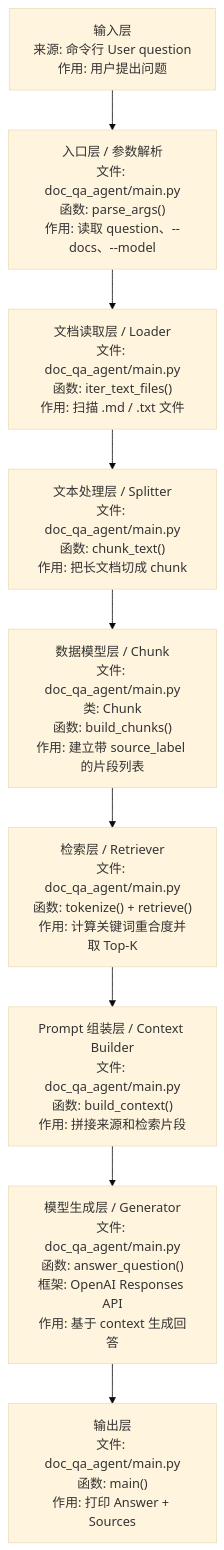
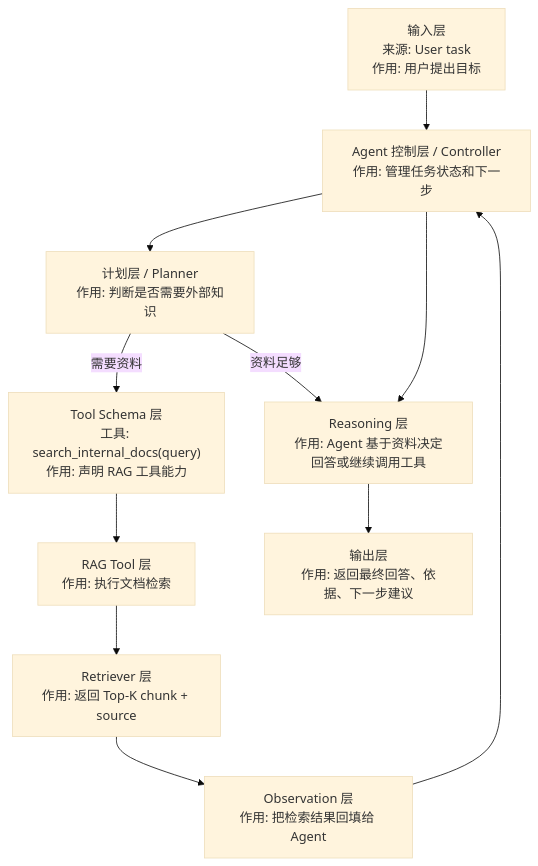
Before and after one commit to kurekako2017/vscode_study: the diagram in agent-lab/04-RAG.md, drawn with Mermaid (base theme). The commit also changed other lines of this file and 25 other files, not shown here.

````diff
--- a/agent-lab/04-RAG.md
+++ b/agent-lab/04-RAG.md
@@ -66,14 +90,17 @@
 ```mermaid
 flowchart TD
-    A["输入层<br/>来源: 命令行 User question<br/>作用: 用户提出问题"]
-    B["入口层 / 参数解析<br/>文件: doc_qa_agent/main.py<br/>函数: parse_args()<br/>作用: 读取 question、--docs、--model"]
-    C["文档读取层 / Loader<br/>文件: doc_qa_agent/main.py<br/>函数: iter_text_files()<br/>作用: 扫描 .md / .txt 文件"]
-    D["文本处理层 / Splitter<br/>文件: doc_qa_agent/main.py<br/>函数: chunk_text()<br/>作用: 把长文档切成 chunk"]
-    E["数据模型层 / Chunk<br/>文件: doc_qa_agent/main.py<br/>类: Chunk<br/>函数: build_chunks()<br/>作用: 建立带 source_label 的片段列表"]
-    F["检索层 / Retriever<br/>文件: doc_qa_agent/main.py<br/>函数: tokenize() + retrieve()<br/>作用: 计算关键词重合度并取 Top-K"]
-    G["Prompt 组装层 / Context Builder<br/>文件: doc_qa_agent/main.py<br/>函数: build_context()<br/>作用: 拼接来源和检索片段"]
-    H["模型生成层 / Generator<br/>文件: doc_qa_agent/main.py<br/>函数: answer_question()<br/>框架: OpenAI Responses API<br/>作用: 基于 context 生成回答"]
-    I["输出层<br/>文件: doc_qa_agent/main.py<br/>函数: main()<br/>作用: 打印 Answer + Sources"]
+    A["输入层<br/>来源: User task<br/>作用: 用户提出目标"]
+    B["Agent 控制层 / Controller<br/>作用: 管理任务状态和下一步"]
+    C["计划层 / Planner<br/>作用: 判断是否需要外部知识"]
+    D["Tool Schema 层<br/>工具: search_internal_docs(query)<br/>作用: 声明 RAG 工具能力"]
+    E["RAG Tool 层<br/>作用: 执行文档检索"]
+    F["Retriever 层<br/>作用: 返回 Top-K chunk + source"]
+    G["Observation 层<br/>作用: 把检索结果回填给 Agent"]
+    H["Reasoning 层<br/>作用: Agent 基于资料决定回答或继续调用工具"]
+    I["输出层<br/>作用: 返回最终回答、依据、下一步建议"]
 
-    A --> B --> C --> D --> E --> F --> G --> H --> I
+    A --> B --> C
+    C -->|需要资料| D --> E --> F --> G --> B
+    C -->|资料足够| H --> I
+    B --> H
 ```
````
